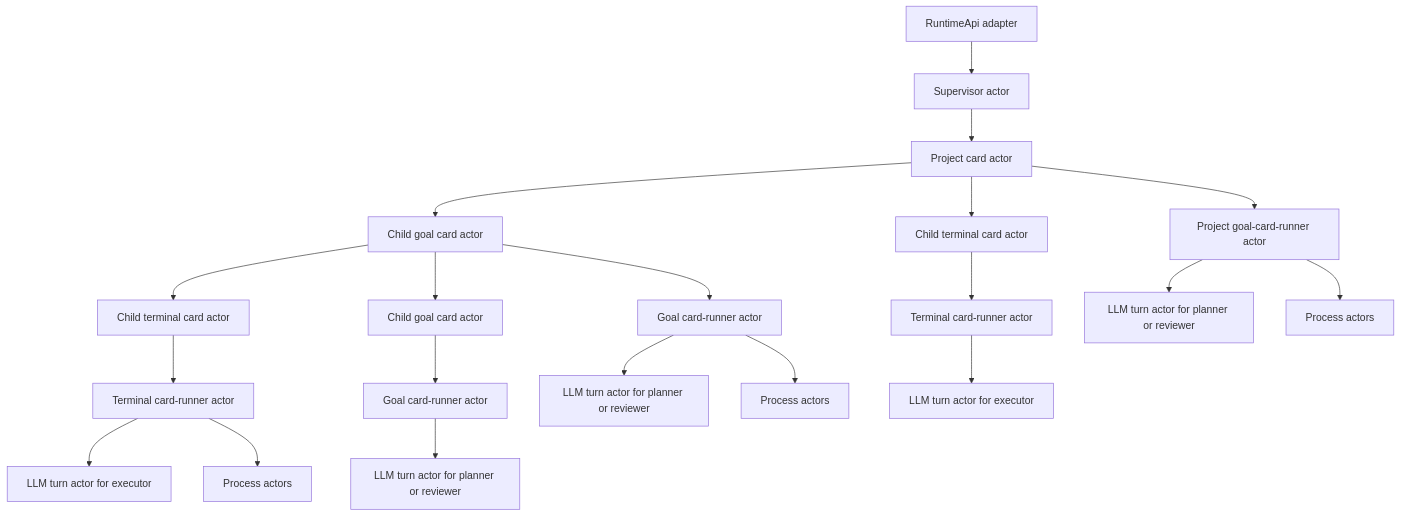
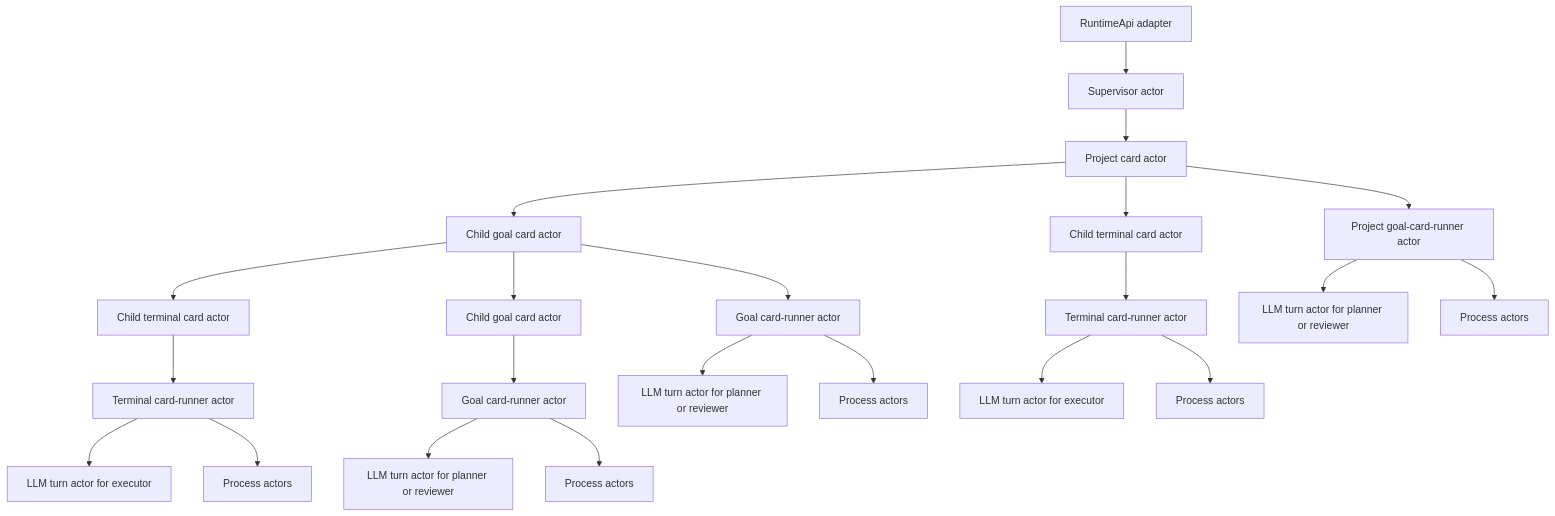
One commit to salva/saivage-v3 changed the diagram in docs/architecture/xstate-runtime-core.md. Above: the diagram before and after it, drawn with Mermaid.

Commit message:
docs: show process actors on repeated runner branches

````diff
--- a/docs/architecture/xstate-runtime-core.md
+++ b/docs/architecture/xstate-runtime-core.md
@@ -64,26 +64,28 @@
 ```mermaid
 graph TD
   api[RuntimeApi adapter] --> supervisor[Supervisor actor]
   supervisor --> project[Project card actor]
 
   project --> projectRunner[Project goal-card-runner actor]
   project --> goal[Child goal card actor]
   project --> terminalSibling[Child terminal card actor]
   terminalSibling --> terminalSiblingRunner[Terminal card-runner actor]
 
   goal --> goalRunner[Goal card-runner actor]
   goal --> terminal[Child terminal card actor]
   goal --> nestedGoal[Child goal card actor]
   nestedGoal --> nestedGoalRunner[Goal card-runner actor]
 
   terminal --> terminalRunner[Terminal card-runner actor]
 
   projectRunner --> plannerTurn[LLM turn actor for planner or reviewer]
   projectRunner --> plannerProcess[Process actors]
   goalRunner --> goalTurn[LLM turn actor for planner or reviewer]
   goalRunner --> goalProcess[Process actors]
   nestedGoalRunner --> nestedGoalTurn[LLM turn actor for planner or reviewer]
+  nestedGoalRunner --> nestedGoalProcess[Process actors]
   terminalRunner --> executorTurn[LLM turn actor for executor]
   terminalRunner --> terminalProcess[Process actors]
   terminalSiblingRunner --> siblingExecutorTurn[LLM turn actor for executor]
+  terminalSiblingRunner --> siblingProcess[Process actors]
 ```
````
